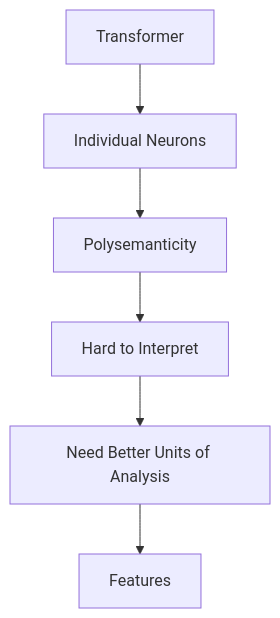
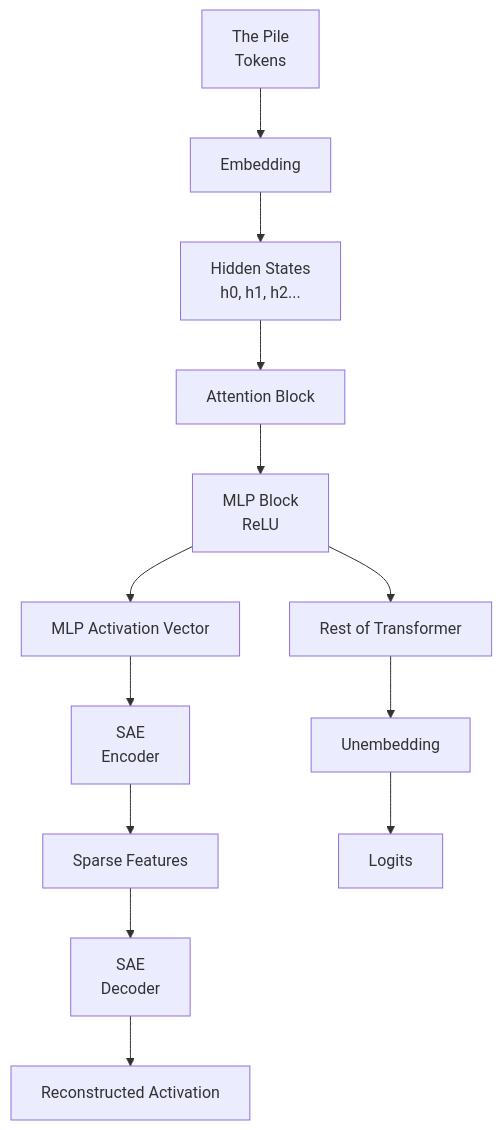
Before and after one commit to humairasoudagar/sparse-autoencoder-interpretability: the first of 12 diagrams in papers/anthropic-monosemanticity.md, drawn with Mermaid. The commit also changed other lines of this file, not shown here.

````diff
--- a/papers/anthropic-monosemanticity.md
+++ b/papers/anthropic-monosemanticity.md
@@ -352,8 +352,19 @@
 ```mermaid
 flowchart TD
-    A[Transformer] --> B[Individual Neurons]
-    B --> C[Polysemanticity]
-    C --> D[Hard to Interpret]
-    D --> E[Need Better Units of Analysis]
-    E --> F[Features]
+    A[The Pile<br>Tokens] --> B[Embedding]
+    B --> C[Hidden States<br>h0, h1, h2...]
+
+    C --> D[Attention Block]
+    D --> E[MLP Block<br>ReLU]
+
+    E --> F[MLP Activation Vector]
+
+    F --> G[SAE<br>Encoder]
+    G --> H[Sparse Features]
+    H --> I[SAE<br>Decoder]
+    I --> J[Reconstructed Activation]
+
+    E --> K[Rest of Transformer]
+    K --> L[Unembedding]
+    L --> M[Logits]
 ```
````
